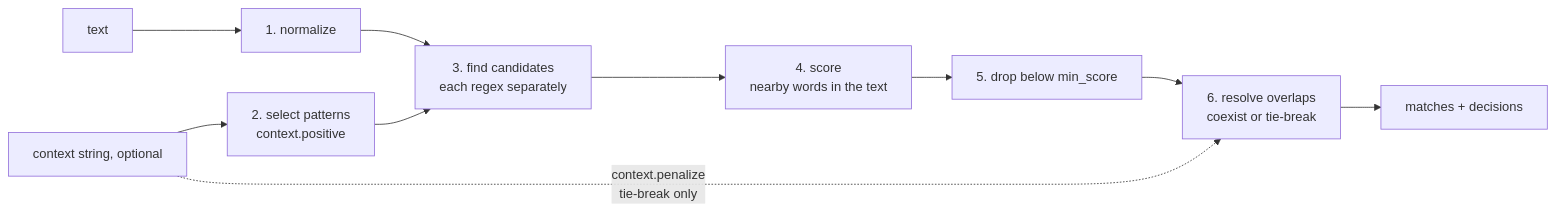
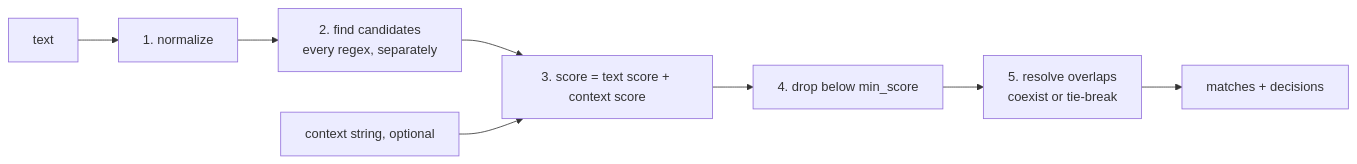
Before and after one commit to Too-Many-Prompts/CARP: the diagram in README.md, drawn with Mermaid. The commit also changed other lines of this file and 6 other files, not shown here.

First line of the commit message:
Context scores instead of selecting: every pattern runs, score = text + context

````diff
--- a/README.md
+++ b/README.md
@@ -22,12 +22,10 @@
 ```mermaid
 flowchart LR
     T["text"] --> N["1. normalize"]
-    C["context string, optional"] --> S["2. select patterns<br/>context.positive"]
-    N --> F["3. find candidates<br/>each regex separately"]
-    S --> F
-    F --> SC["4. score<br/>nearby words in the text"]
-    SC --> D["5. drop below min_score"]
-    D --> O["6. resolve overlaps<br/>coexist or tie-break"]
-    C -. "context.penalize<br/>tie-break only" .-> O
+    N --> F["2. find candidates<br/>every regex, separately"]
+    F --> SC["3. score = text score + context score"]
+    C["context string, optional"] --> SC
+    SC --> D["4. drop below min_score"]
+    D --> O["5. resolve overlaps<br/>coexist or tie-break"]
     O --> R["matches + decisions"]
 ```
````
